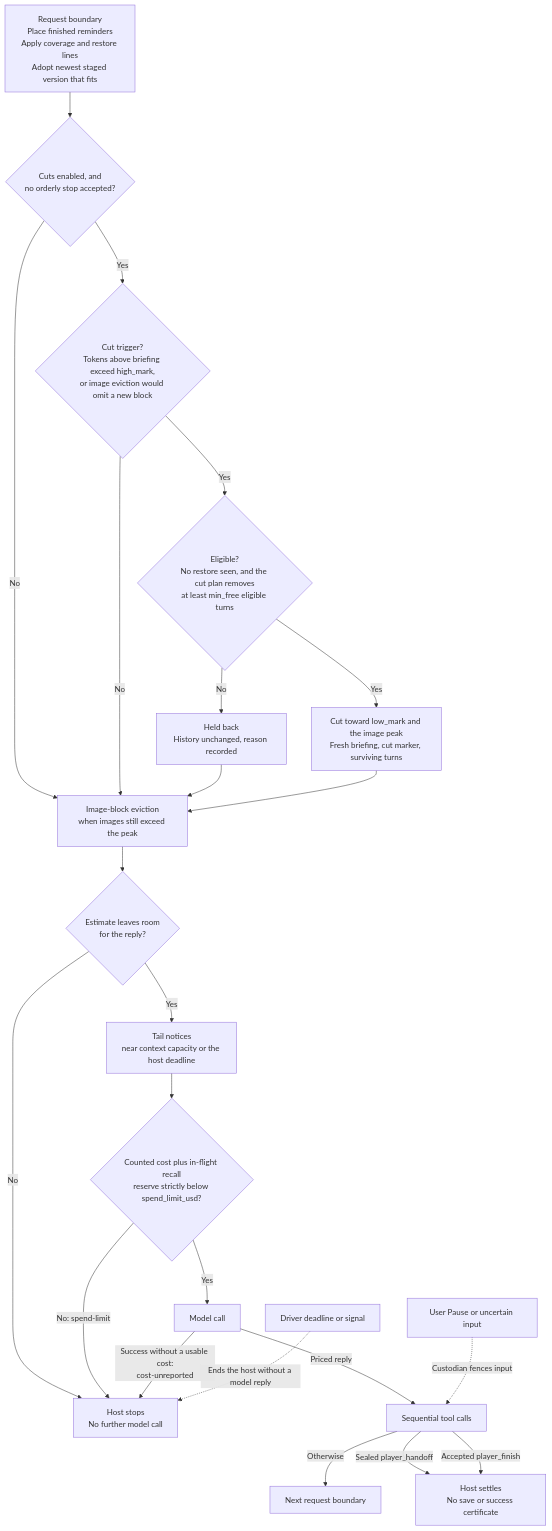
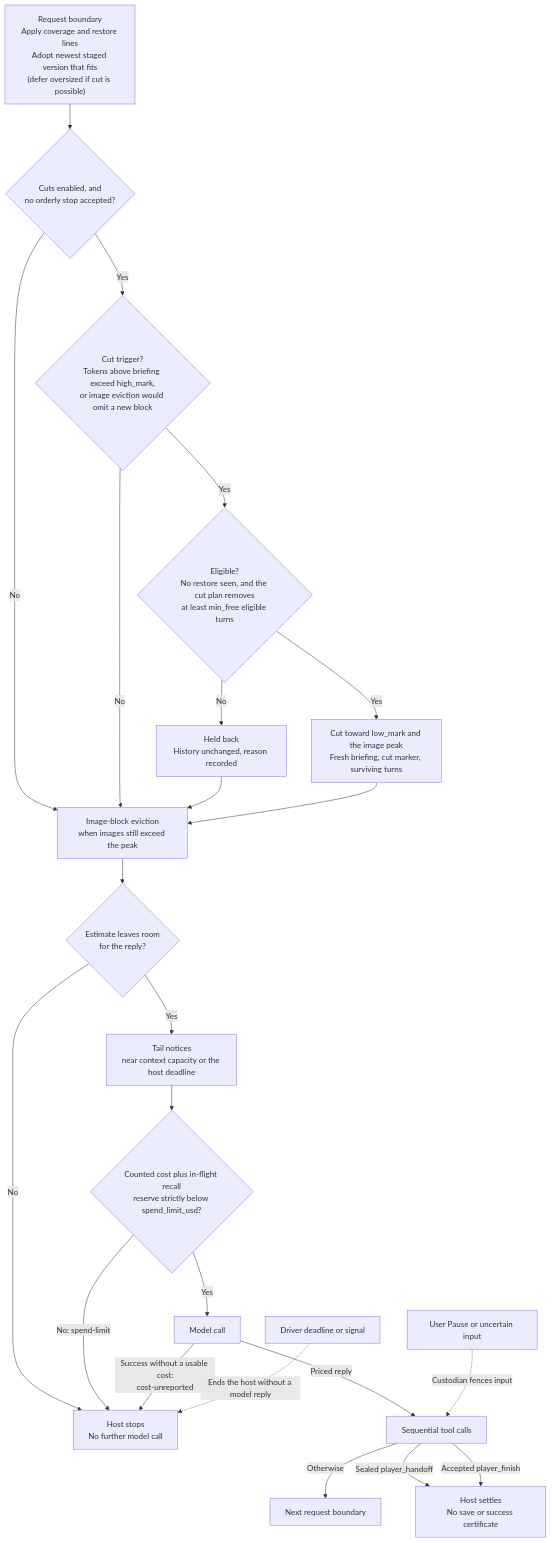
One commit to CVX-Hull/enactive changed the diagram in docs/contracts/player-host.md. Above: the diagram before and after it, drawn with Mermaid. The commit also changed other lines of this file and 29 other files, not shown here.

First line of the commit message:
Fix 14 contract-preserving player-host/11 bugs and remove dead validation feedback (#946) (#955)

````diff
--- a/docs/contracts/player-host.md
+++ b/docs/contracts/player-host.md
@@ -403,27 +407,27 @@
 ```mermaid
 flowchart TB
   accTitle: What the player host does on each request
-  accDescr: Between requests the host places finished reminders, applies coverage lines and adopts the newest staged knowledge version that fits. It considers a cut only when cuts are enabled and no orderly stop is accepted. A triggered cut is applied when enough covered complete turns can be removed and no restore was seen. Otherwise it is held back and the history stays. Image-block eviction, capacity stop, tail notices and the dollar limit follow before the model call. Settlement stops are handoff, player finish, the dollar limit and an unreported cost. Pause, uncertain input and the driver's deadlines are independent of this loop.
-  R["Request boundary<br/>Place finished reminders<br/>Apply coverage and restore lines<br/>Adopt newest staged version that fits"] --> Q{"Cuts enabled, and<br/>no orderly stop accepted?"}
+  accDescr: Between requests the host applies coverage and restore lines and adopts the newest staged knowledge version that fits (deferring an oversized update across a same-boundary cut). It considers a cut only when cuts are enabled and no orderly stop is accepted. A triggered cut is applied when enough covered complete turns can be removed and no restore was seen. Otherwise it is held back and the history stays. Deferred updates are then re-checked and finished reminders are placed against the adopted version. Image-block eviction, capacity stop, tail notices and the dollar limit follow before the model call. Settlement stops are handoff, player finish, the dollar limit and an unreported cost. Pause, uncertain input and the driver's deadlines are independent of this loop.
+  R["Request boundary<br/>Apply coverage and restore lines<br/>Adopt newest staged version that fits<br/>(defer oversized if cut is possible)"] --> Q{"Cuts enabled, and<br/>no orderly stop accepted?"}
   Q -->|"No"| V
   Q -->|"Yes"| T{"Cut trigger?<br/>Tokens above briefing exceed high_mark,<br/>or image eviction would omit a new block"}
   T -->|"No"| V
   T -->|"Yes"| L{"Eligible?<br/>No restore seen, and the cut plan removes<br/>at least min_free eligible turns"}
   L -->|"No"| H["Held back<br/>History unchanged, reason recorded"]
   L -->|"Yes"| K["Cut toward low_mark and the image peak<br/>Fresh briefing, cut marker, surviving turns"]
   H --> V
   K --> V["Image-block eviction<br/>when images still exceed the peak"]
   V --> P{"Estimate leaves room<br/>for the reply?"}
   P -->|"No"| X["Host stops<br/>No further model call"]
   P -->|"Yes"| N["Tail notices<br/>near context capacity or the host deadline"]
   N --> D{"Counted cost plus in-flight recall<br/>reserve strictly below spend_limit_usd?"}
   D -->|"No: spend-limit"| X
   D -->|"Yes"| M["Model call"]
   M -->|"Success without a usable cost:<br/>cost-unreported"| X
   M -->|"Priced reply"| C["Sequential tool calls"]
   C -->|"Otherwise"| Y["Next request boundary"]
   C -->|"Sealed player_handoff"| E["Host settles<br/>No save or success certificate"]
   C -->|"Accepted player_finish"| E
   I["User Pause or uncertain input"] -.->|"Custodian fences input"| C
   W["Driver deadline or signal"] -.->|"Ends the host without a model reply"| X
 ```
````
